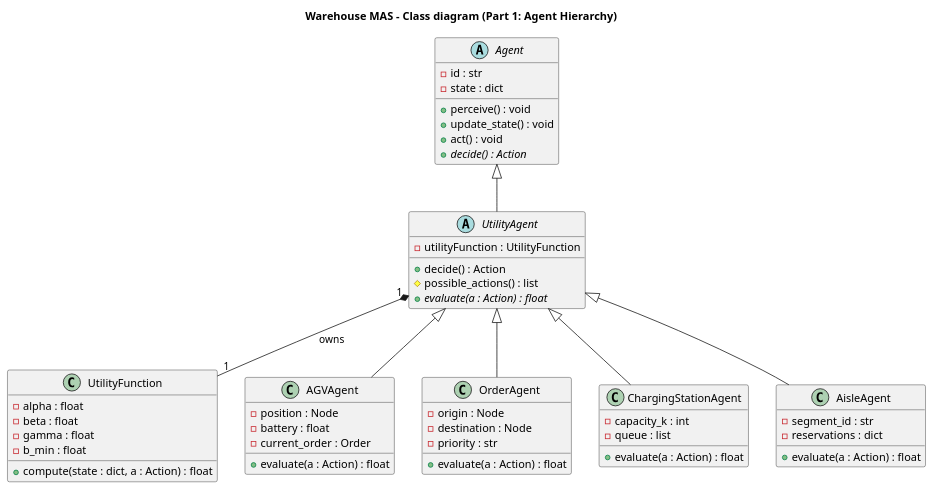
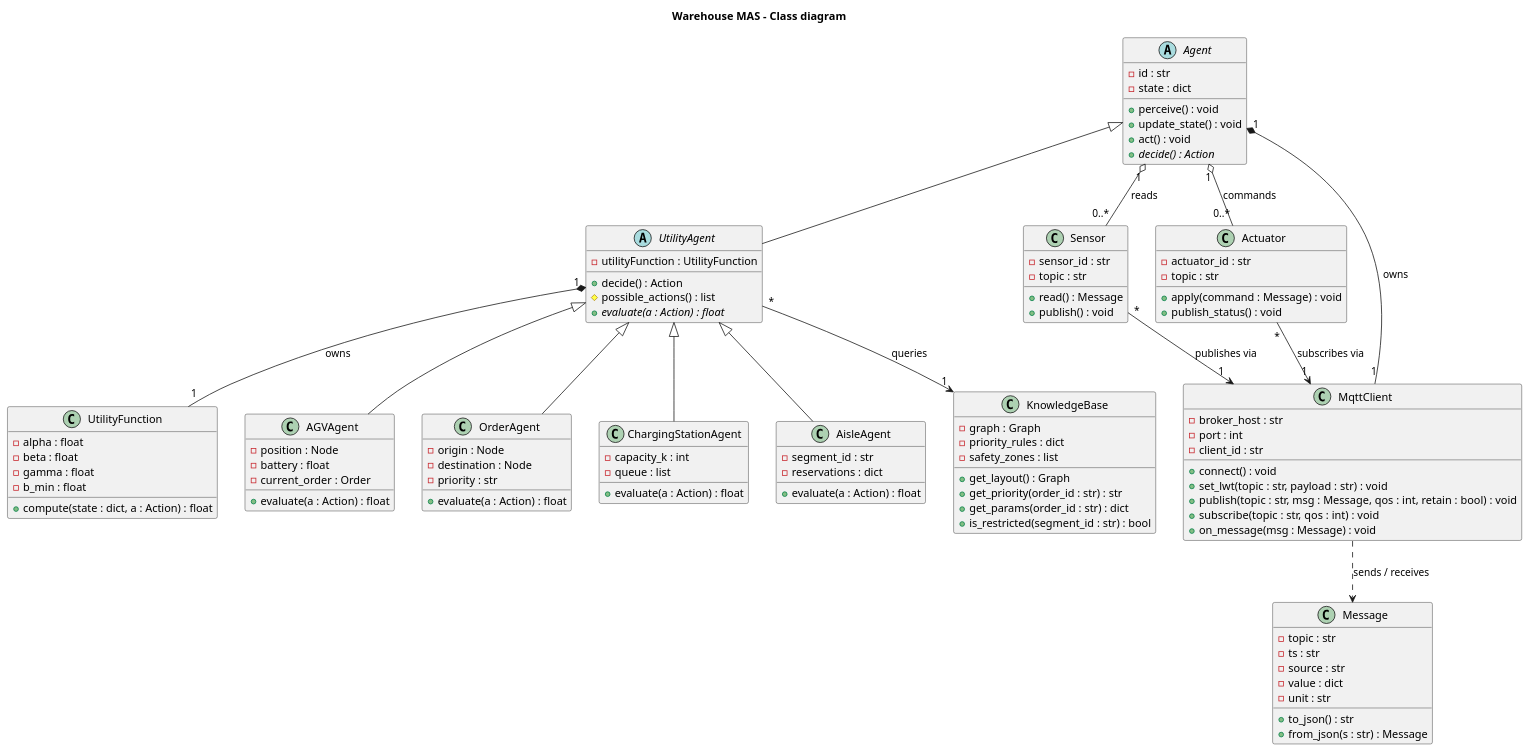
One commit to sorayamellaj/warehouse-sma changed the diagram in design/class_diagram.puml. Above: the diagram before and after it, drawn with PlantUML. The commit also changed 2 other files, not shown here.

Commit message:
Add class diagram images

```diff
--- a/design/class_diagram.puml
+++ b/design/class_diagram.puml
@@ -1,61 +1,113 @@
 @startuml
-title Warehouse MAS - Class diagram (Part 1: Agent Hierarchy)
+title Warehouse MAS - Class diagram
 
 abstract class Agent {
   - id : str
   - state : dict
   + perceive() : void
   + update_state() : void
   + act() : void
   + {abstract} decide() : Action
 }
 
 abstract class UtilityAgent {
   - utilityFunction : UtilityFunction
   + decide() : Action
   # possible_actions() : list
   + {abstract} evaluate(a : Action) : float
 }
 
 class UtilityFunction {
   - alpha : float
   - beta : float
   - gamma : float
   - b_min : float
   + compute(state : dict, a : Action) : float
 }
 
 class AGVAgent {
   - position : Node
   - battery : float
   - current_order : Order
   + evaluate(a : Action) : float
 }
 
 class OrderAgent {
   - origin : Node
   - destination : Node
   - priority : str
   + evaluate(a : Action) : float
 }
 
 class ChargingStationAgent {
   - capacity_k : int
   - queue : list
   + evaluate(a : Action) : float
 }
 
 class AisleAgent {
   - segment_id : str
   - reservations : dict
   + evaluate(a : Action) : float
 }
 
+class KnowledgeBase {
+  - graph : Graph
+  - priority_rules : dict
+  - safety_zones : list
+  + get_layout() : Graph
+  + get_priority(order_id : str) : str
+  + get_params(order_id : str) : dict
+  + is_restricted(segment_id : str) : bool
+}
+
+class Sensor {
+  - sensor_id : str
+  - topic : str
+  + read() : Message
+  + publish() : void
+}
+
+class Actuator {
+  - actuator_id : str
+  - topic : str
+  + apply(command : Message) : void
+  + publish_status() : void
+}
+
+class MqttClient {
+  - broker_host : str
+  - port : int
+  - client_id : str
+  + connect() : void
+  + set_lwt(topic : str, payload : str) : void
+  + publish(topic : str, msg : Message, qos : int, retain : bool) : void
+  + subscribe(topic : str, qos : int) : void
+  + on_message(msg : Message) : void
+}
+
+class Message {
+  - topic : str
+  - ts : str
+  - source : str
+  - value : dict
+  - unit : str
+  + to_json() : str
+  + from_json(s : str) : Message
+}
+
 Agent <|-- UtilityAgent
-UtilityAgent "1" *-- "1" UtilityFunction : owns
 UtilityAgent <|-- AGVAgent
 UtilityAgent <|-- OrderAgent
 UtilityAgent <|-- ChargingStationAgent
 UtilityAgent <|-- AisleAgent
 
+UtilityAgent "1" *-- "1" UtilityFunction : owns
+Agent "1" *-- "1" MqttClient : owns
+Agent "1" o-- "0..*" Sensor : reads
+Agent "1" o-- "0..*" Actuator : commands
+UtilityAgent "*" --> "1" KnowledgeBase : queries
+Sensor "*" --> "1" MqttClient : publishes via
+Actuator "*" --> "1" MqttClient : subscribes via
+MqttClient ..> Message : sends / receives
 @enduml
```
